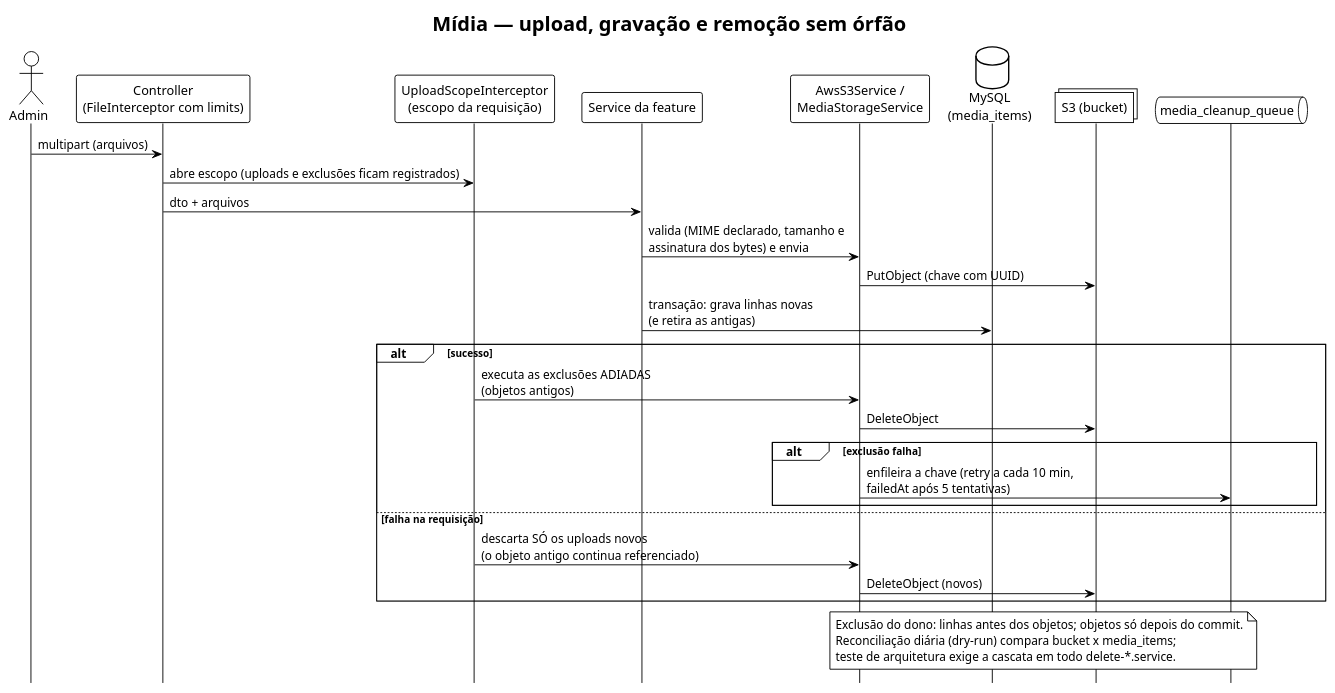
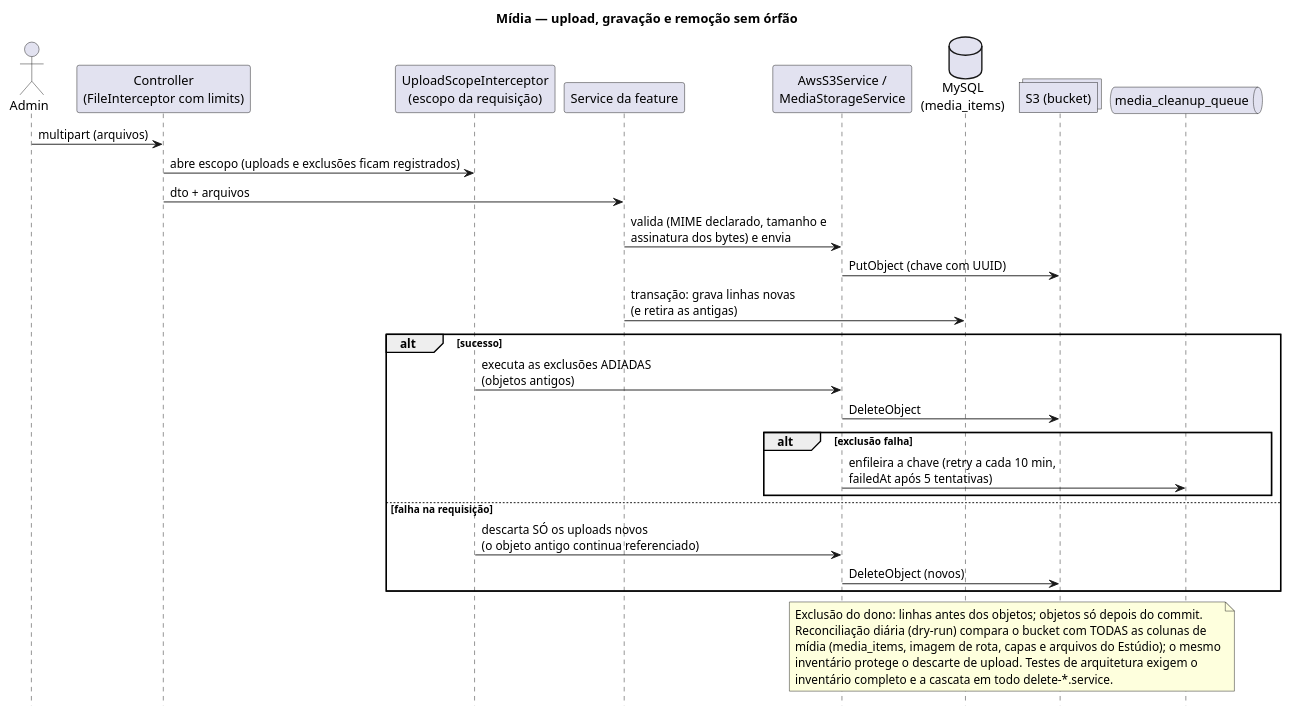
The diagram in docs/diagrams/flow/media-storage/media-storage-flow.puml (orfanatonib/orfanatonib-api), drawn with PlantUML before and after one commit. The commit also changed 8 other files, not shown here.

First line of the commit message:
fix(media): reconciliação não apaga mais arquivos em uso fora de media_items

```diff
--- a/docs/diagrams/flow/media-storage/media-storage-flow.puml
+++ b/docs/diagrams/flow/media-storage/media-storage-flow.puml
@@ -1,38 +1,39 @@
 @startuml media-storage-flow
-!theme plain
 hide footbox
 title Mídia — upload, gravação e remoção sem órfão
 
 actor Admin
 participant "Controller\n(FileInterceptor com limits)" as C
 participant "UploadScopeInterceptor\n(escopo da requisição)" as Scope
 participant "Service da feature" as S
 participant "AwsS3Service /\nMediaStorageService" as Storage
 database "MySQL\n(media_items)" as DB
 collections "S3 (bucket)" as S3
 queue "media_cleanup_queue" as Q
 
 Admin -> C : multipart (arquivos)
 C -> Scope : abre escopo (uploads e exclusões ficam registrados)
 C -> S : dto + arquivos
 S -> Storage : valida (MIME declarado, tamanho e\nassinatura dos bytes) e envia
 Storage -> S3 : PutObject (chave com UUID)
 S -> DB : transação: grava linhas novas\n(e retira as antigas)
 
 alt sucesso
   Scope -> Storage : executa as exclusões ADIADAS\n(objetos antigos)
   Storage -> S3 : DeleteObject
   alt exclusão falha
     Storage -> Q : enfileira a chave (retry a cada 10 min,\nfailedAt após 5 tentativas)
   end
 else falha na requisição
   Scope -> Storage : descarta SÓ os uploads novos\n(o objeto antigo continua referenciado)
   Storage -> S3 : DeleteObject (novos)
 end
 
 note over S3, DB
   Exclusão do dono: linhas antes dos objetos; objetos só depois do commit.
-  Reconciliação diária (dry-run) compara bucket x media_items;
-  teste de arquitetura exige a cascata em todo delete-*.service.
+  Reconciliação diária (dry-run) compara o bucket com TODAS as colunas de
+  mídia (media_items, imagem de rota, capas e arquivos do Estúdio); o mesmo
+  inventário protege o descarte de upload. Testes de arquitetura exigem o
+  inventário completo e a cascata em todo delete-*.service.
 end note
 @enduml
```
